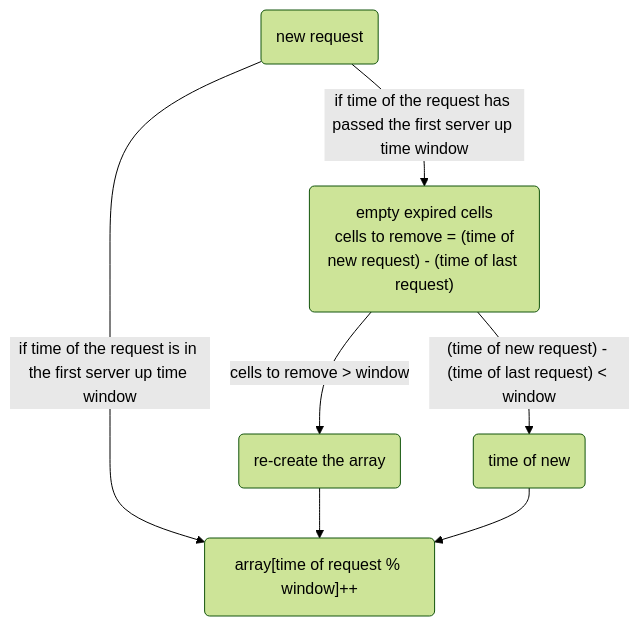
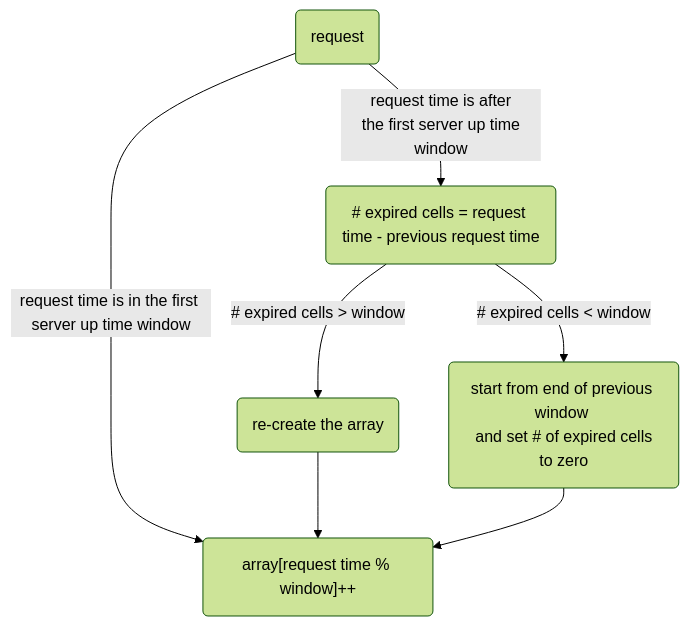
Before and after one commit to elahe-dastan/simplesurance-assignment: the diagram in README.md, drawn with Mermaid (forest theme). The commit also changed other lines of this file, not shown here.

Commit message:
chore: check mermaid in github

````diff
--- a/README.md
+++ b/README.md
@@ -64,9 +64,9 @@
 ```mermaid
 graph TD;
-  NewRequest("new request") -->|if time of the request is in the first server up time window| ArrayTimeOfRequest("array[time of request % window]++");
-  NewRequest("new request") -->|if time of the request has passed the first server up time window| Empty("empty expired cells");
-  Empty("empty expired cells\n cells to remove = (time of new request) - (time of last request)") -->|cells to remove > window| ReCreate("re-create the array");
-  Empty("empty expired cells\n cells to remove = (time of new request) - (time of last request)") -->|"(time of new request) - (time of last request) < window"| CalculateExpired("time of new");
-  ReCreate("re-create the array") --> ArrayTimeOfRequest("array[time of request % window]++");
-  CalculateExpired("time of new") --> ArrayTimeOfRequest("array[time of request % window]++");
+  NewRequest("request") -->|request time is in the first server up time window| ArrayTimeOfRequest("array[request time % window]++");
+  NewRequest -->|request time is after\n the first server up time window| Empty("# expired cells = request time - previous request time");
+  Empty -->|# expired cells > window| ReCreate("re-create the array");
+  Empty -->|# expired cells < window| CalculateExpired("start from end of previous window \n and set # of expired cells to zero");
+  ReCreate --> ArrayTimeOfRequest;
+  CalculateExpired --> ArrayTimeOfRequest;
 ```
````
